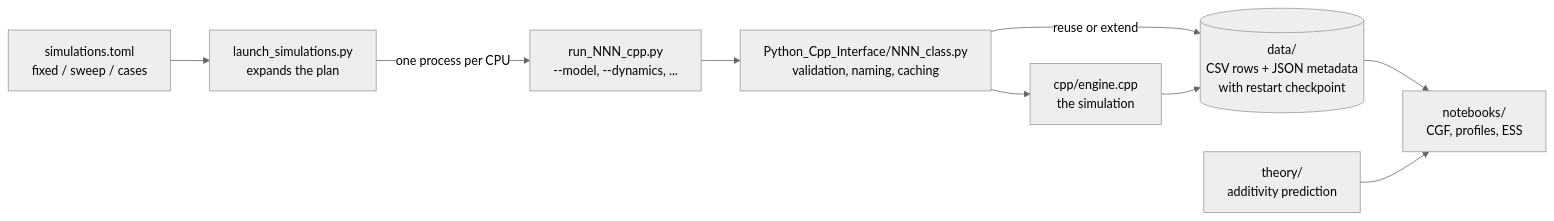
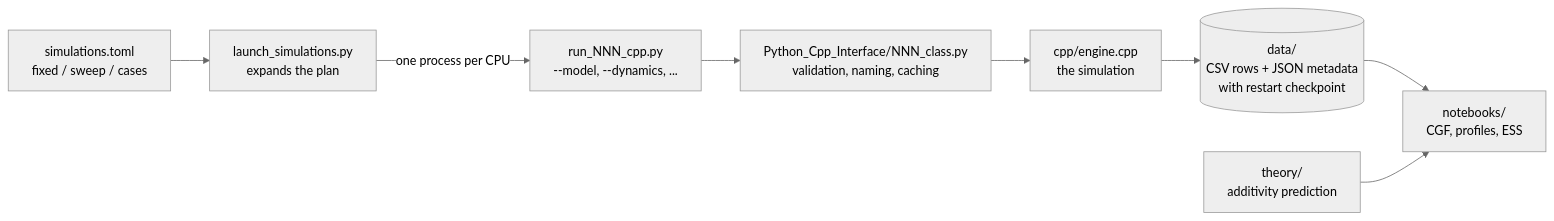
The first of 3 diagrams in Simulator/docs/SIMULATION_FLOW.md (jcosta99/Rare-Events-Simulator), drawn with Mermaid (neutral theme) before and after one commit. The commit also changed other lines of this file, not shown here.

Commit message:
Flow Chart corrections

````diff
--- a/Simulator/docs/SIMULATION_FLOW.md
+++ b/Simulator/docs/SIMULATION_FLOW.md
@@ -20,11 +28,10 @@
 ```mermaid
 flowchart LR
     toml["simulations.toml<br/>fixed / sweep / cases"] --> launcher["launch_simulations.py<br/>expands the plan"]
     launcher -->|"one process per CPU"| cli["run_NNN_cpp.py<br/>--model, --dynamics, ..."]
     cli --> wrapper["Python_Cpp_Interface/NNN_class.py<br/>validation, naming, caching"]
-    wrapper -->|"reuse or extend"| store[("data/<br/>CSV rows + JSON metadata<br/>with restart checkpoint")]
     wrapper --> engine["cpp/engine.cpp<br/>the simulation"]
-    engine --> store
+    engine --> store[("data/<br/>CSV rows + JSON metadata<br/>with restart checkpoint")]
     store --> nb["notebooks/<br/>CGF, profiles, ESS"]
     theory["theory/<br/>additivity prediction"] --> nb
 ```
````
